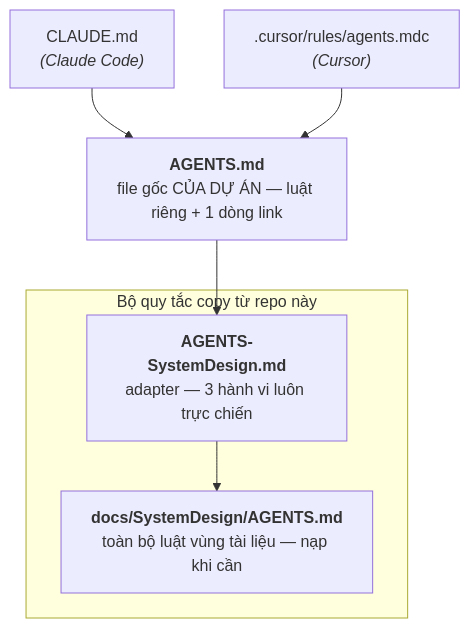
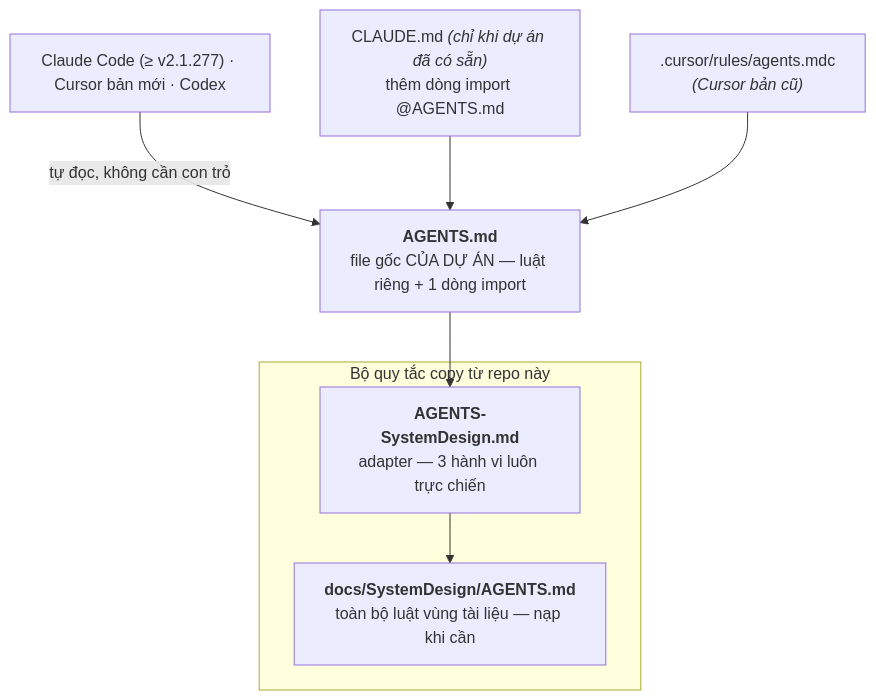
Before and after one commit to umbalaconmeogia/ai-cowork-sysdev: the diagram in README.md, drawn with Mermaid. The commit also changed other lines of this file and 3 other files, not shown here.

````diff
--- a/README.md
+++ b/README.md
@@ -23,10 +25,11 @@
 ```mermaid
 flowchart TD
-    P1["CLAUDE.md<br/><i>(Claude Code)</i>"] --> A
-    P2[".cursor/rules/agents.mdc<br/><i>(Cursor)</i>"] --> A
-    A["<b>AGENTS.md</b><br/>file gốc CỦA DỰ ÁN — luật riêng + 1 dòng link"] --> B
+    T0["Claude Code (≥ v2.1.277) · Cursor bản mới · Codex"] -->|"tự đọc, không cần con trỏ"| A
+    P1["CLAUDE.md <i>(chỉ khi dự án đã có sẵn)</i><br/>thêm dòng import @AGENTS.md"] --> A
+    P2[".cursor/rules/agents.mdc<br/><i>(Cursor bản cũ)</i>"] --> A
+    A["<b>AGENTS.md</b><br/>file gốc CỦA DỰ ÁN — luật riêng + 1 dòng import"] --> B
     subgraph OUR["Bộ quy tắc copy từ repo này"]
         B["<b>AGENTS-SystemDesign.md</b><br/>adapter — 3 hành vi luôn trực chiến"] --> C
         C["<b>docs/SystemDesign/AGENTS.md</b><br/>toàn bộ luật vùng tài liệu — nạp khi cần"]
     end
 ```
````
